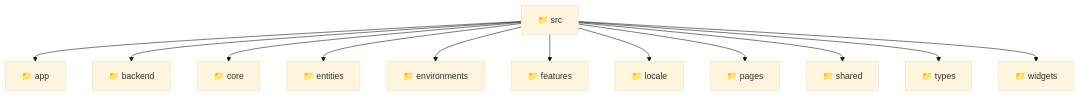
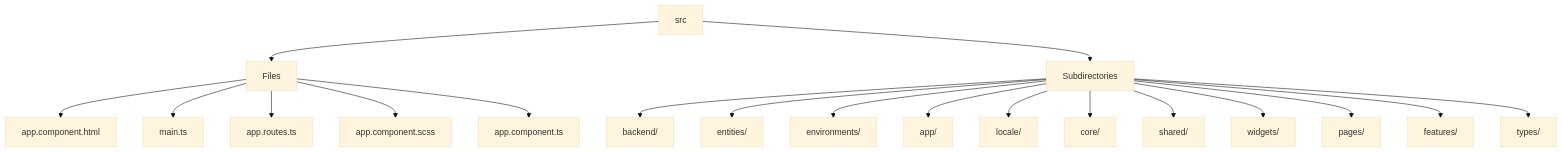
The diagram in frontend/src/README.md (beginwebdev2002/fullstack-mavluda), drawn with Mermaid (base theme) before and after one commit. The commit also changed other lines of this file and 167 other files, not shown here.

````diff
--- a/frontend/src/README.md
+++ b/frontend/src/README.md
@@ -9,15 +12,21 @@
 ```mermaid
 graph TD
-  src["📁 src"]
-  src --> app["📁 app"]
-  src --> backend["📁 backend"]
-  src --> core["📁 core"]
-  src --> entities["📁 entities"]
-  src --> environments["📁 environments"]
-  src --> features["📁 features"]
-  src --> locale["📁 locale"]
-  src --> pages["📁 pages"]
-  src --> shared["📁 shared"]
-  src --> types["📁 types"]
-  src --> widgets["📁 widgets"]
+  src --> Files
+  Files --> app_component_html[app.component.html]
+  Files --> main_ts[main.ts]
+  Files --> app_routes_ts[app.routes.ts]
+  Files --> app_component_scss[app.component.scss]
+  Files --> app_component_ts[app.component.ts]
+  src --> Subdirectories
+  Subdirectories --> backend[backend/]
+  Subdirectories --> entities[entities/]
+  Subdirectories --> environments[environments/]
+  Subdirectories --> app[app/]
+  Subdirectories --> locale[locale/]
+  Subdirectories --> core[core/]
+  Subdirectories --> shared[shared/]
+  Subdirectories --> widgets[widgets/]
+  Subdirectories --> pages[pages/]
+  Subdirectories --> features[features/]
+  Subdirectories --> types[types/]
 ```
````
